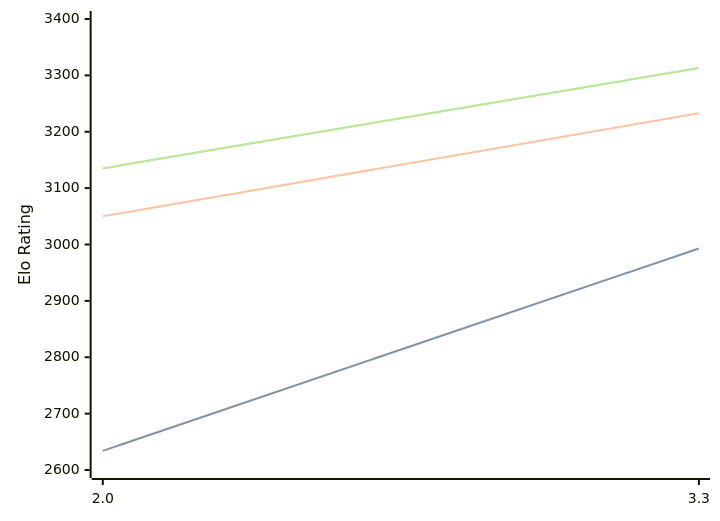
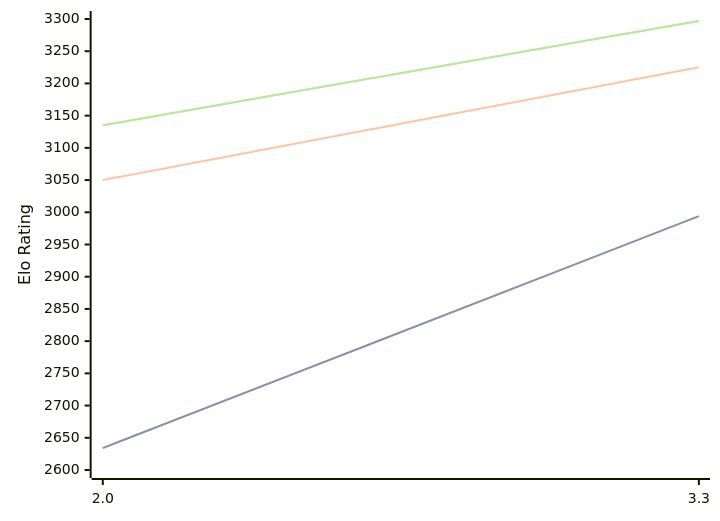
One commit to computer-chess-index/cci changed the diagram in engines/Ceylondemon.md. Above: the diagram before and after it, drawn with Mermaid. The commit also changed other lines of this file, not shown here.

Commit message:
Update CCI Ratings (ELO VLTC) - 2026-10-02

````diff
--- a/engines/Ceylondemon.md
+++ b/engines/Ceylondemon.md
@@ -32,11 +32,11 @@
 ```mermaid
 %%{init: {"theme":"base","themeVariables":{"seriesColors:['#a3a3a3','#222221','#faa371']}}}%%
 xychart-beta
   x-axis ["2.0", "3.3"]
-  y-axis "Elo Rating" 2600 --> 3400
-  line "" [2634, 2993]
-  line "STC (8.0+0.08s)" [2634, 2993]
-  line "LTC (60.0+0.60s)" [3050, 3233]
-  line "" [3135, 3313]
-  line "VLTC (2m24s+1.12s)" [3135, 3313]
+  y-axis "Elo Rating" 2600 --> 3300
+  line "" [2634, 2994]
+  line "STC (8.0+0.08s)" [2634, 2994]
+  line "LTC (60.0+0.60s)" [3050, 3225]
+  line "" [3135, 3297]
+  line "VLTC (2m24s+1.12s)" [3135, 3297]
 ```
````
